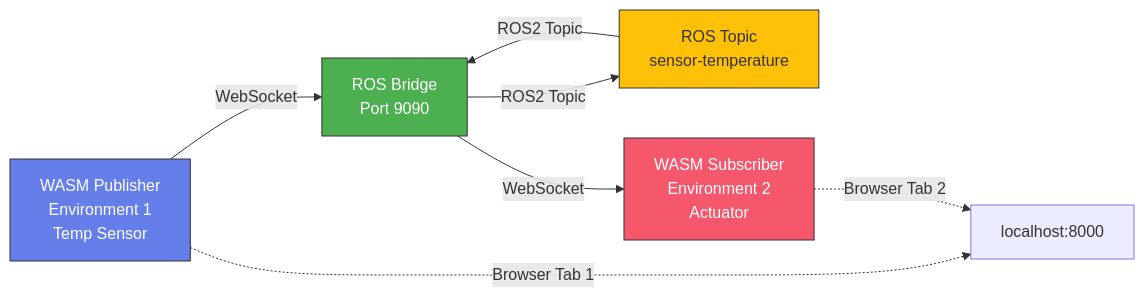
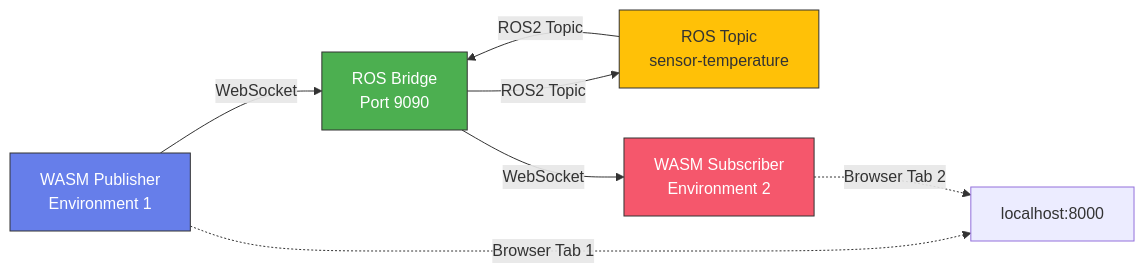
One commit to lucadagati/ros_wasm_example changed the second of 6 diagrams in README.md. Above: the diagram before and after it, drawn with Mermaid. The commit also changed other lines of this file, not shown here.

First line of the commit message:
Update README: Target architecture (microROS in WASM) + Test results

````diff
--- a/README.md
+++ b/README.md
@@ -14,15 +42,15 @@
 ```mermaid
 graph LR
-    A[WASM Publisher<br/>Environment 1<br/>Temp Sensor] -->|WebSocket| B[ROS Bridge<br/>Port 9090]
+    A[WASM Publisher<br/>Environment 1] -->|WebSocket| B[ROS Bridge<br/>Port 9090]
     B -->|ROS2 Topic| C[ROS Topic<br/>sensor-temperature]
     C -->|ROS2 Topic| B
-    B -->|WebSocket| D[WASM Subscriber<br/>Environment 2<br/>Actuator]
+    B -->|WebSocket| D[WASM Subscriber<br/>Environment 2]
     
     A -.->|Browser Tab 1| E[localhost:8000]
     D -.->|Browser Tab 2| E
     
     style A fill:#667eea,stroke:#333,color:#fff
     style D fill:#f5576c,stroke:#333,color:#fff
     style B fill:#4CAF50,stroke:#333,color:#fff
     style C fill:#FFC107,stroke:#333
 ```
````
